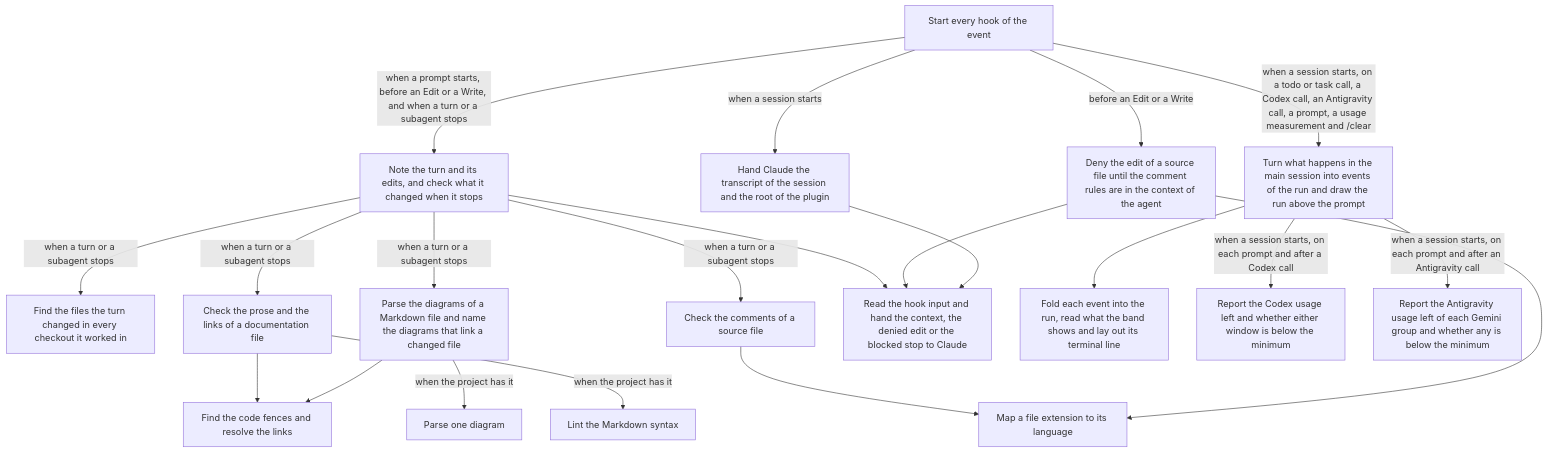
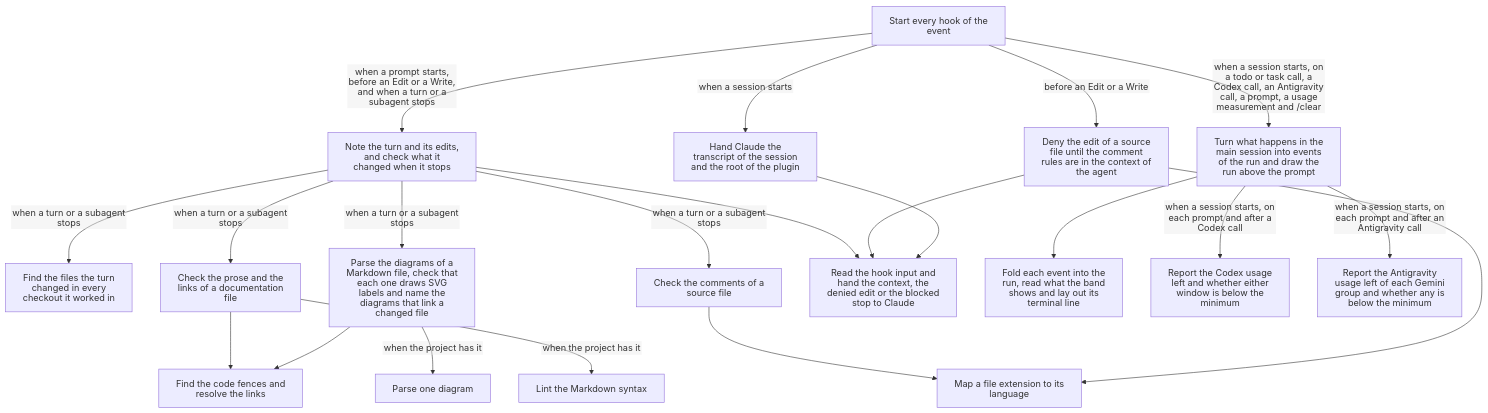
Before and after one commit to renefatuaki/skills: the diagram in hooks/README.md, drawn with Mermaid. The commit also changed 12 other files, not shown here.

First line of the commit message:
fix(diagrams): draw every label as SVG text, so Safari and Chrome show it at any zoom

````diff
--- a/hooks/README.md
+++ b/hooks/README.md
@@ -5,25 +5,26 @@
 ```mermaid
+%%{init: {"htmlLabels": false}}%%
 flowchart TD
   accTitle: What happens when a session starts, while a turn runs, and while Claude works through a todo list?
   hooksJson["Start every hook of the event"]
   hooksJson -->|"when a session starts"| sessionContext["Hand Claude the transcript of the session and the root of the plugin"]
   hooksJson -->|"before an Edit or a Write"| loadCommentRules["Deny the edit of a source file until the comment rules are in the context of the agent"]
   hooksJson -->|"when a prompt starts, before an Edit or a Write, and when a turn or a subagent stops"| checkTurn["Note the turn and its edits, and check what it changed when it stops"]
   hooksJson -->|"when a session starts, on a todo or task call, a Codex call, an Antigravity call, a prompt, a usage measurement and /clear"| progress["Turn what happens in the main session into events of the run and draw the run above the prompt"]
   checkTurn -->|"when a turn or a subagent stops"| changes["Find the files the turn changed in every checkout it worked in"]
   checkTurn -->|"when a turn or a subagent stops"| comments["Check the comments of a source file"]
   checkTurn -->|"when a turn or a subagent stops"| docs["Check the prose and the links of a documentation file"]
-  checkTurn -->|"when a turn or a subagent stops"| diagrams["Parse the diagrams of a Markdown file and name the diagrams that link a changed file"]
+  checkTurn -->|"when a turn or a subagent stops"| diagrams["Parse the diagrams of a Markdown file, check that each one draws SVG labels and name the diagrams that link a changed file"]
   docs -->|"when the project has it"| markdownlint["Lint the Markdown syntax"]
   diagrams -->|"when the project has it"| mermaid["Parse one diagram"]
   docs --> markdown["Find the code fences and resolve the links"]
   diagrams --> markdown
   comments --> languages["Map a file extension to its language"]
   loadCommentRules --> languages
   checkTurn --> hook["Read the hook input and hand the context, the denied edit or the blocked stop to Claude"]
   loadCommentRules --> hook
   sessionContext --> hook
   progress --> run["Fold each event into the run, read what the band shows and lay out its terminal line"]
   progress -->|"when a session starts, on each prompt and after a Codex call"| codexModel["Report the Codex usage left and whether either window is below the minimum"]
   progress -->|"when a session starts, on each prompt and after an Antigravity call"| antigravity["Report the Antigravity usage left of each Gemini group and whether any is below the minimum"]
 ```
````
